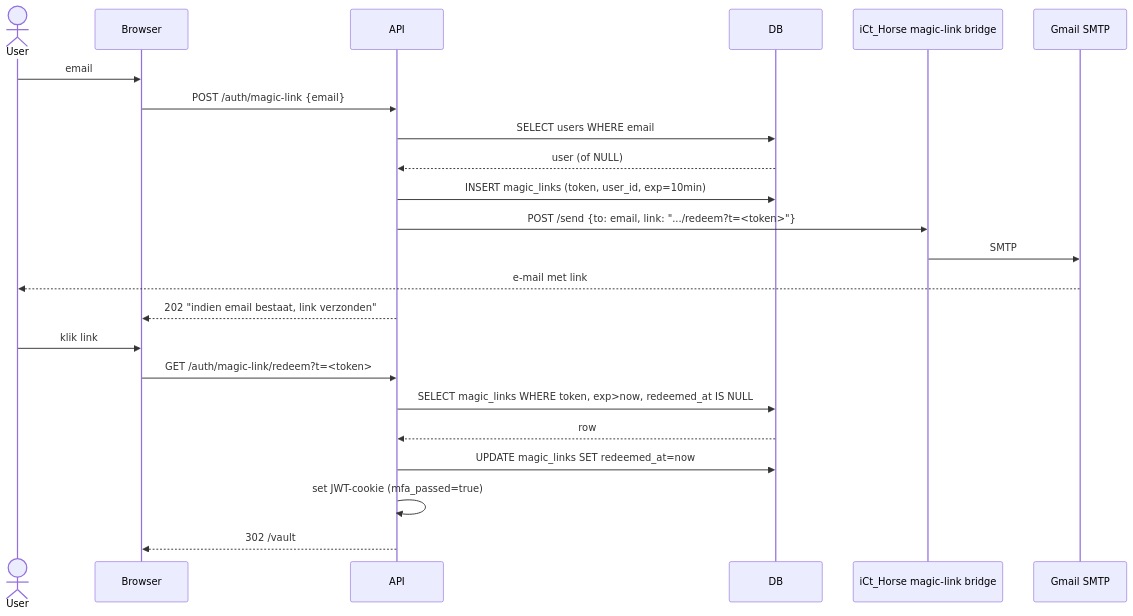
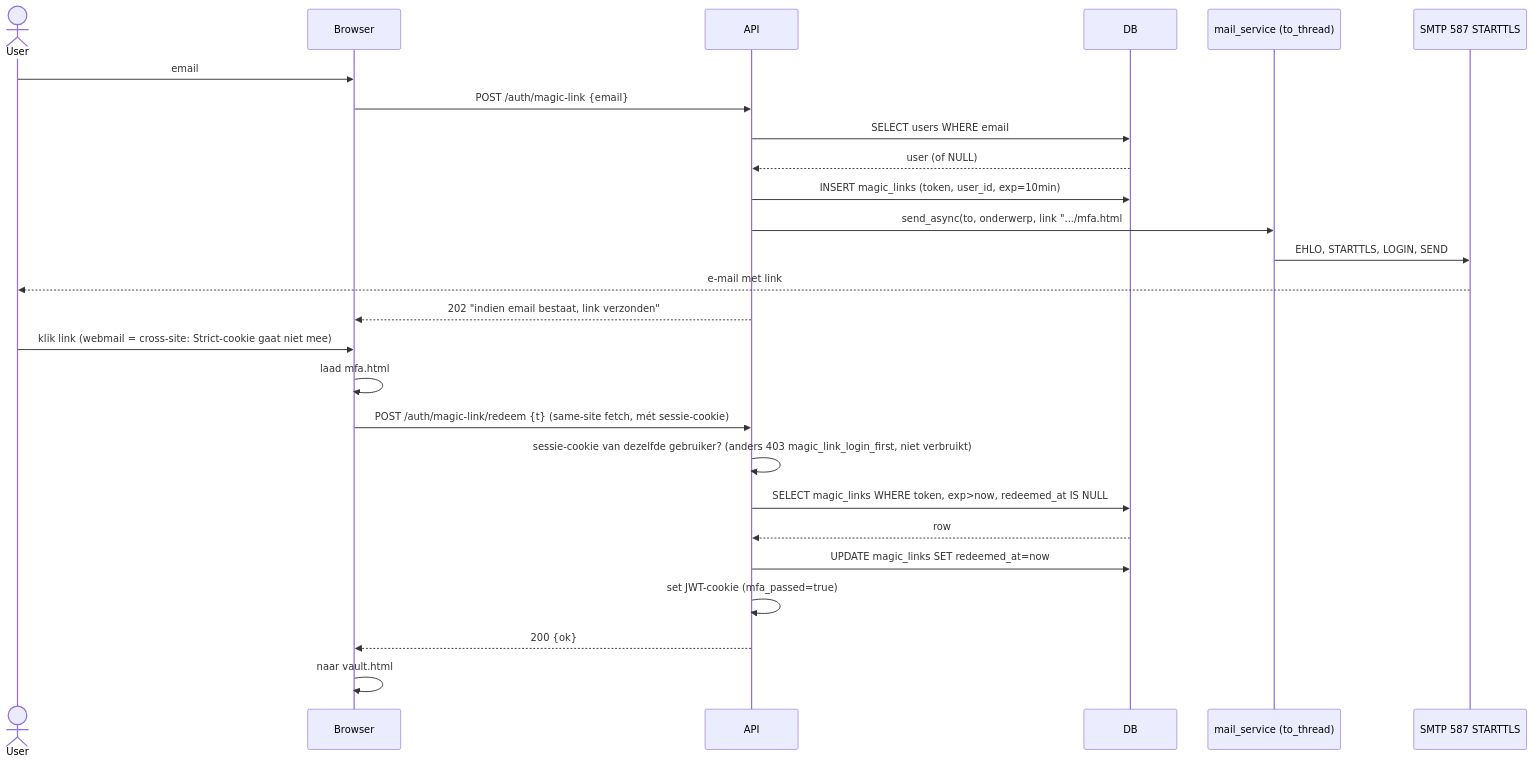
The third of 12 diagrams in SEQUENCE_DIAGRAMS.md (cpaglebbeek/HorseSafe), drawn with Mermaid before and after one commit. The commit also changed other lines of this file and 83 other files, not shown here.

````diff
--- a/SEQUENCE_DIAGRAMS.md
+++ b/SEQUENCE_DIAGRAMS.md
@@ -54,27 +56,30 @@
 ```mermaid
 sequenceDiagram
     actor User
     participant Browser
     participant API
     participant DB
-    participant Bridge as iCt_Horse magic-link bridge
-    participant Mail as Gmail SMTP
+    participant Mailer as mail_service (to_thread)
+    participant Mail as SMTP 587 STARTTLS
 
     User->>Browser: email
     Browser->>API: POST /auth/magic-link {email}
     API->>DB: SELECT users WHERE email
     DB-->>API: user (of NULL)
     API->>DB: INSERT magic_links (token, user_id, exp=10min)
-    API->>Bridge: POST /send {to: email, link: ".../redeem?t=<token>"}
-    Bridge->>Mail: SMTP
+    API->>Mailer: send_async(to, onderwerp, link ".../mfa.html#ml=<token>")
+    Mailer->>Mail: EHLO, STARTTLS, LOGIN, SEND
     Mail-->>User: e-mail met link
     API-->>Browser: 202 "indien email bestaat, link verzonden"
 
-    User->>Browser: klik link
-    Browser->>API: GET /auth/magic-link/redeem?t=<token>
+    User->>Browser: klik link (webmail = cross-site: Strict-cookie gaat niet mee)
+    Browser->>Browser: laad mfa.html#ml=<token>, haal token uit adresbalk
+    Browser->>API: POST /auth/magic-link/redeem {t} (same-site fetch, mét sessie-cookie)
+    API->>API: sessie-cookie van dezelfde gebruiker? (anders 403 magic_link_login_first, niet verbruikt)
     API->>DB: SELECT magic_links WHERE token, exp>now, redeemed_at IS NULL
     DB-->>API: row
     API->>DB: UPDATE magic_links SET redeemed_at=now
     API->>API: set JWT-cookie (mfa_passed=true)
-    API-->>Browser: 302 /vault
+    API-->>Browser: 200 {ok}
+    Browser->>Browser: naar vault.html
 ```
````
